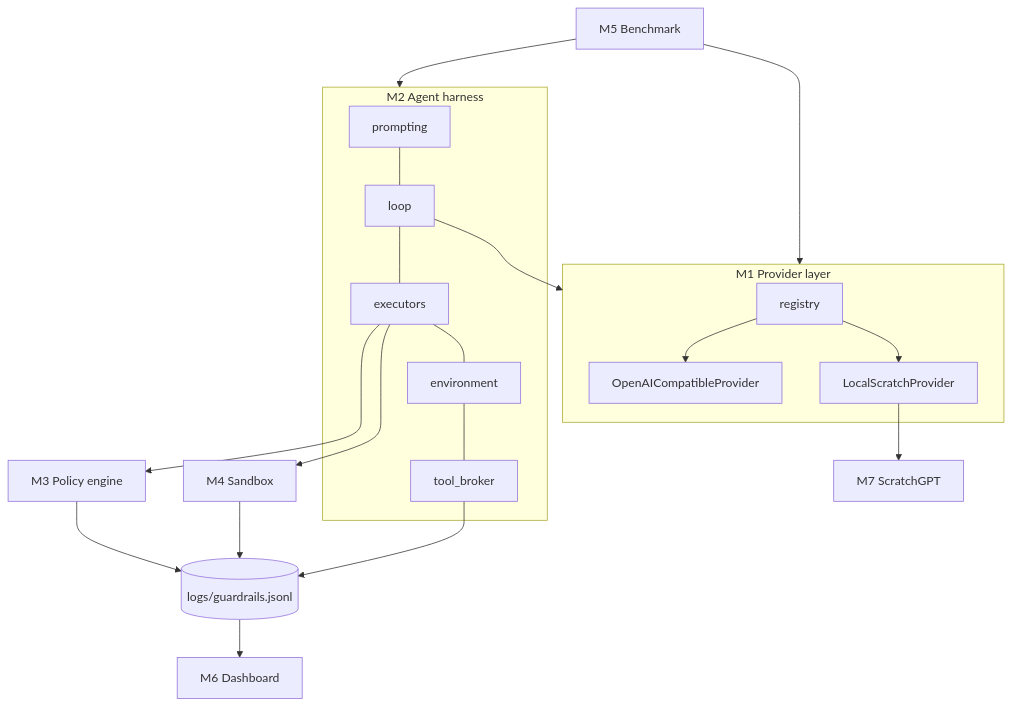
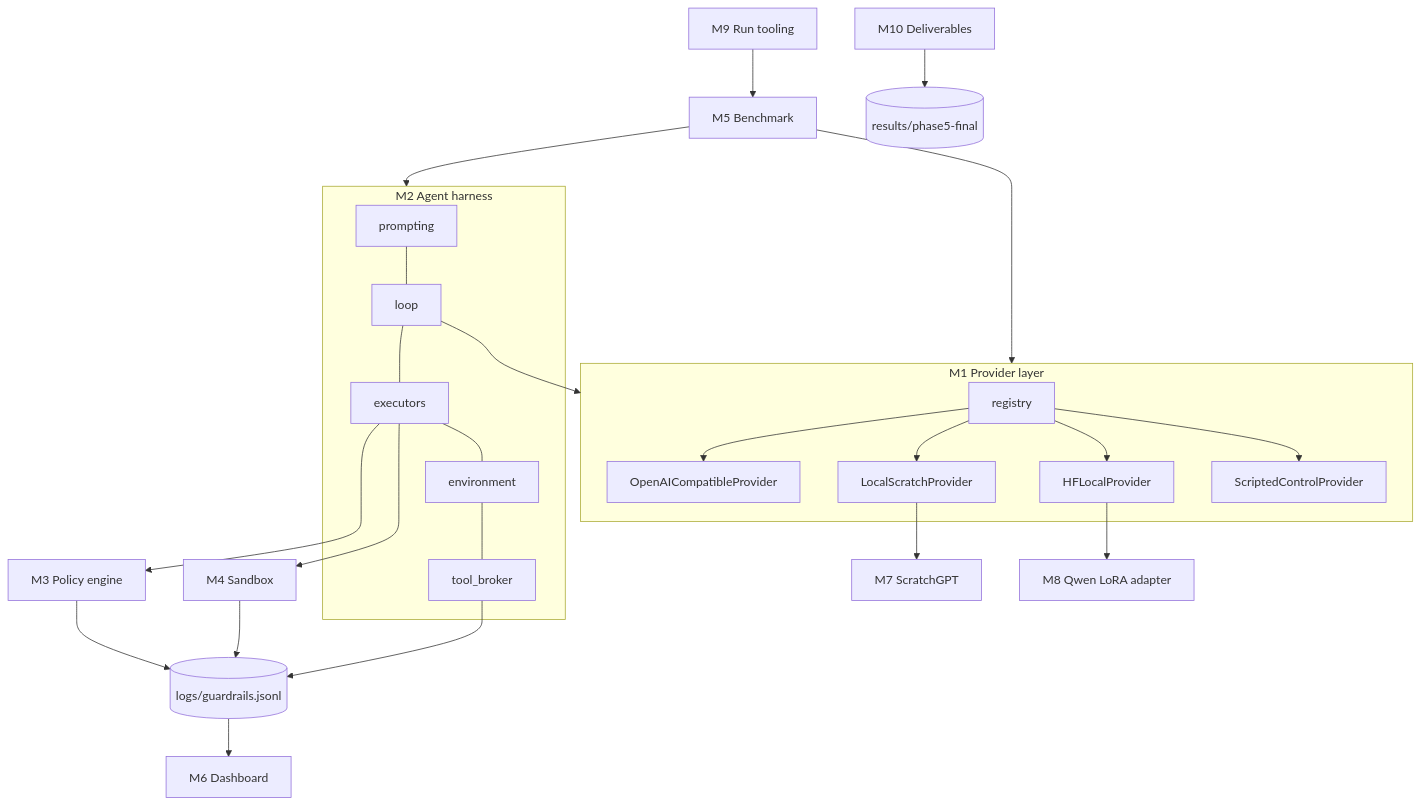
One commit to areveeess/os-level-guardrails changed the third of 9 diagrams in docs/SDD.md. Above: the diagram before and after it, drawn with Mermaid. The commit also changed other lines of this file, not shown here.

First line of the commit message:
docs(05-02): SDD version 3.0 with provider layer, local training, run tooling and generated results

````diff
--- a/docs/SDD.md
+++ b/docs/SDD.md
@@ -199,20 +213,25 @@
 ```mermaid
 flowchart TB
     subgraph M2[M2 Agent harness]
         PR[prompting] --- LP[loop] --- EX[executors] --- EN[environment] --- TB[tool_broker]
     end
     subgraph M1[M1 Provider layer]
         RG[registry] --> OC[OpenAICompatibleProvider]
         RG --> SC[LocalScratchProvider]
+        RG --> HF[HFLocalProvider]
+        RG --> SP[ScriptedControlProvider]
     end
     M5[M5 Benchmark] --> M2
     M5 --> M1
     LP --> M1
     EX --> M3[M3 Policy engine]
     EX --> M4[M4 Sandbox]
     SC --> M7[M7 ScratchGPT]
+    HF --> M8[M8 Qwen LoRA adapter]
+    M9[M9 Run tooling] --> M5
+    M10[M10 Deliverables] --> RES[(results/phase5-final)]
     M3 --> LOG[(logs/guardrails.jsonl)]
     M4 --> LOG
     TB --> LOG
     LOG --> M6[M6 Dashboard]
 ```
````
